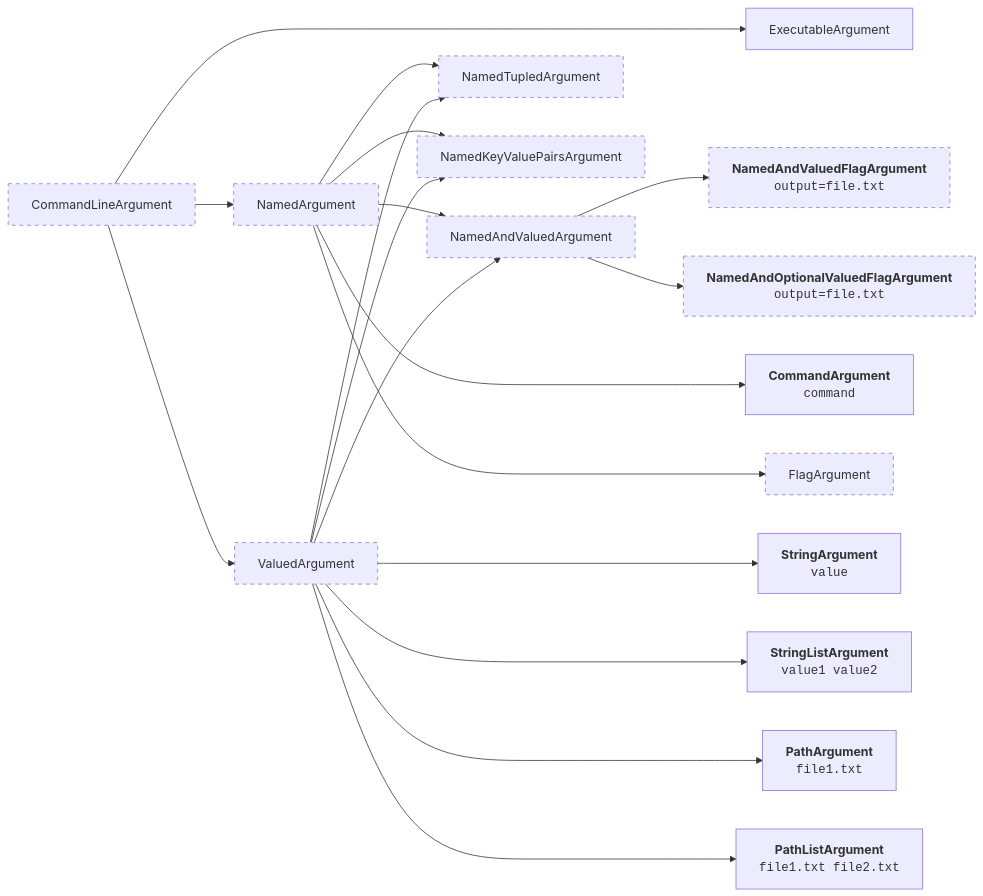
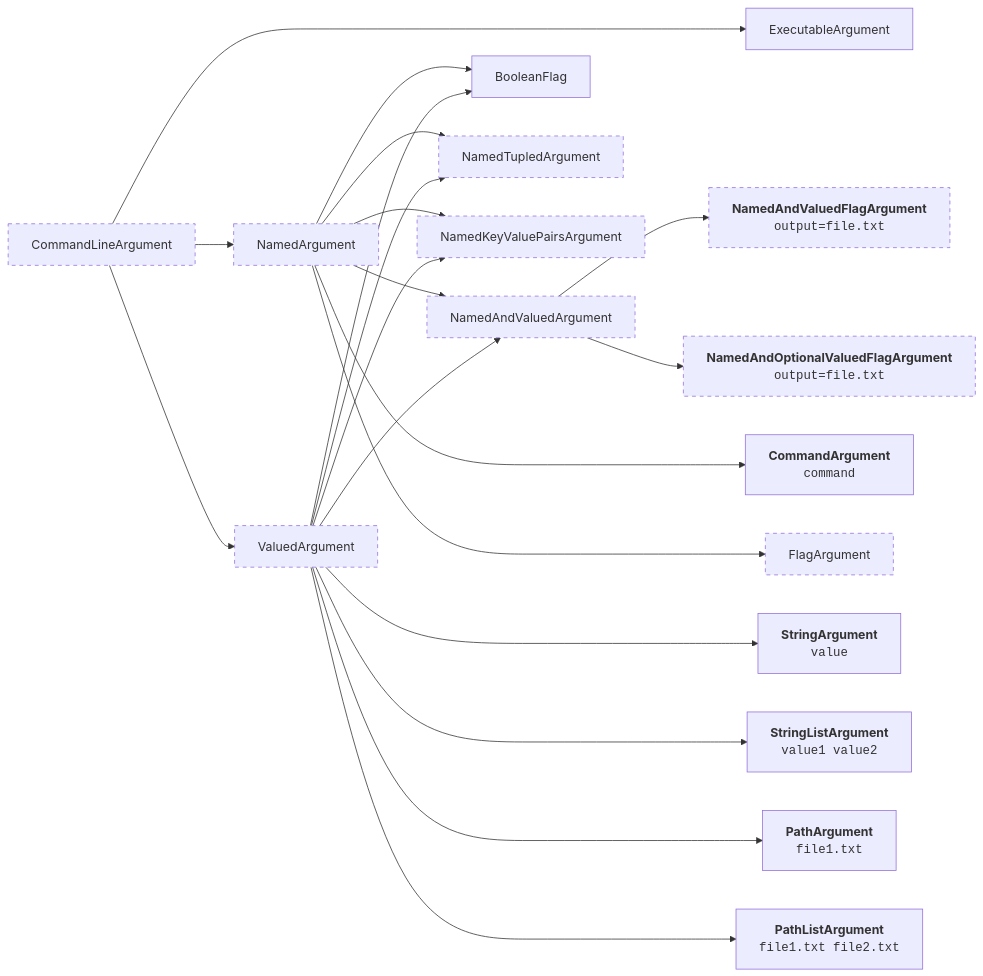
One commit to pyTooling/pyTooling.CLIAbstraction changed the first of 3 diagrams in doc/Arguments.rst. Above: the diagram before and after it, drawn with Mermaid. The commit also changed other lines of this file and 4 other files, not shown here.

```diff
--- a/doc/Arguments.rst
+++ b/doc/Arguments.rst
@@ -11,57 +11,62 @@
 .. mermaid::
 
    graph LR;
      CLA[CommandLineArgument]
      style CLA stroke-dasharray: 5 5
 
      EA[ExecutableArgument]
 
      NA[NamedArgument]
      style NA stroke-dasharray: 5 5
 
      VA[ValuedArgument]
      style VA stroke-dasharray: 5 5
 
      NVA[NamedAndValuedArgument]
      style NVA stroke-dasharray: 5 5
 
+     BF[BooleanFlag]
+     style NVA stroke-dasharray: 5 5
+
      NTA[NamedTupledArgument]
      style NTA stroke-dasharray: 5 5
 
      NKVPA[NamedKeyValuePairsArgument]
      style NKVPA stroke-dasharray: 5 5
 
      CLA ----> EA
      CLA --> NA
      CLA --> VA
      NA --> NVA
      VA --> NVA
+     NA --> BF
+     VA --> BF
      NA --> NTA
      VA --> NTA
      NA --> NKVPA
      VA --> NKVPA
 
      CA["<b>CommandArgument</b><br/><div style='font-family: monospace'>command</div>"]
      FA[FlagArgument]
      style FA stroke-dasharray: 5 5
 
      NA ---> CA
      NA ---> FA
 
      SA["<b>StringArgument</b><br/><div style='font-family: monospace'>value</div>"]
      SLA["<b>StringListArgument</b><br/><div style='font-family: monospace'>value1 value2</div>"]
      PA["<b>PathArgument</b><br/><div style='font-family: monospace'>file1.txt</div>"]
      PLA["<b>PathListArgument</b><br/><div style='font-family: monospace'>file1.txt file2.txt</div>"]
 
      VA ---> SA
      VA ---> SLA
      VA ---> PA
      VA ---> PLA
 
      NVFA["<b>NamedAndValuedFlagArgument</b><br/><div style='font-family: monospace'>output=file.txt</div>"]
      style NVFA stroke-dasharray: 5 5
      NOVFA["<b>NamedAndOptionalValuedFlagArgument</b><br/><div style='font-family: monospace'>output=file.txt</div>"]
      style NOVFA stroke-dasharray: 5 5
 
      NVA --> NVFA
      NVA --> NOVFA
```
